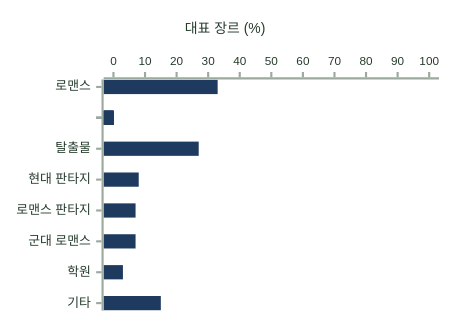
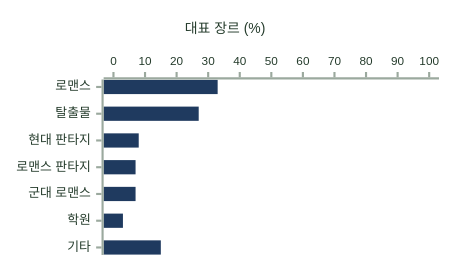
Before and after one commit to KIM-N-KANG/knk-harness: the seventh of 16 diagrams in docs/AI/CHAT/6-4-AI-EVALUATION-METHOD.md, drawn with Mermaid. The commit also changed other lines of this file, not shown here.

````diff
--- a/docs/AI/CHAT/6-4-AI-EVALUATION-METHOD.md
+++ b/docs/AI/CHAT/6-4-AI-EVALUATION-METHOD.md
@@ -141,8 +141,8 @@
 ```mermaid
-%%{init: {"theme": "base", "xyChart": {"width": 400, "height": 280, "titleFontSize": 13, "xAxis": {"labelFontSize": 12}, "yAxis": {"labelFontSize": 11, "showTitle": false}}, "themeVariables": {"xyChart": {"backgroundColor": "#FFFFFF", "titleColor": "#253C2C", "xAxisLabelColor": "#253C2C", "xAxisLineColor": "#9BA99E", "xAxisTickColor": "#9BA99E", "yAxisLabelColor": "#253C2C", "yAxisLineColor": "#9BA99E", "yAxisTickColor": "#9BA99E", "plotColorPalette": "#1F3A5F"}}}}%%
+%%{init: {"theme": "base", "xyChart": {"width": 400, "height": 228, "titleFontSize": 13, "xAxis": {"labelFontSize": 12}, "yAxis": {"labelFontSize": 11, "showTitle": false}}, "themeVariables": {"xyChart": {"backgroundColor": "#FFFFFF", "titleColor": "#253C2C", "xAxisLabelColor": "#253C2C", "xAxisLineColor": "#9BA99E", "xAxisTickColor": "#9BA99E", "yAxisLabelColor": "#253C2C", "yAxisLineColor": "#9BA99E", "yAxisTickColor": "#9BA99E", "plotColorPalette": "#1F3A5F"}}}}%%
 xychart-beta horizontal
     title "대표 장르 (%)"
-    x-axis ["로맨스", " ", "탈출물", "  ", "현대 판타지", "   ", "로맨스 판타지", "    ", "군대 로맨스", "     ", "학원", "      ", "기타"]
+    x-axis ["로맨스", "탈출물", "현대 판타지", "로맨스 판타지", "군대 로맨스", "학원", "기타"]
     y-axis 0 --> 100
-    bar [33, 0, 27, 0, 8, 0, 7, 0, 7, 0, 3, 0, 15]
+    bar [33, 27, 8, 7, 7, 3, 15]
 ```
````
